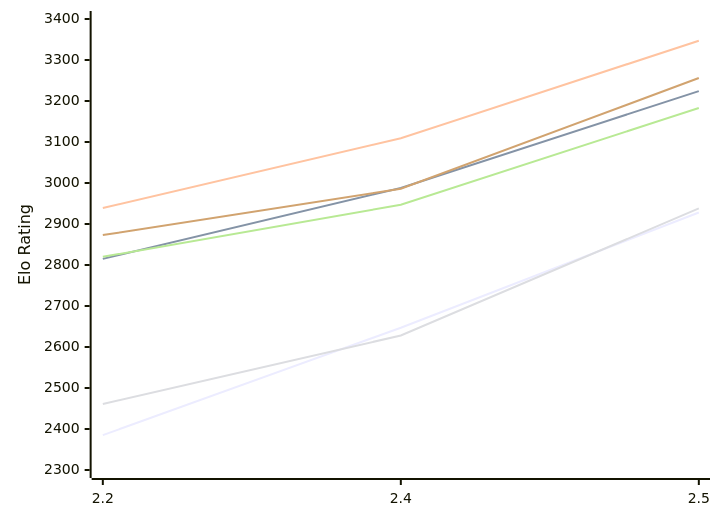
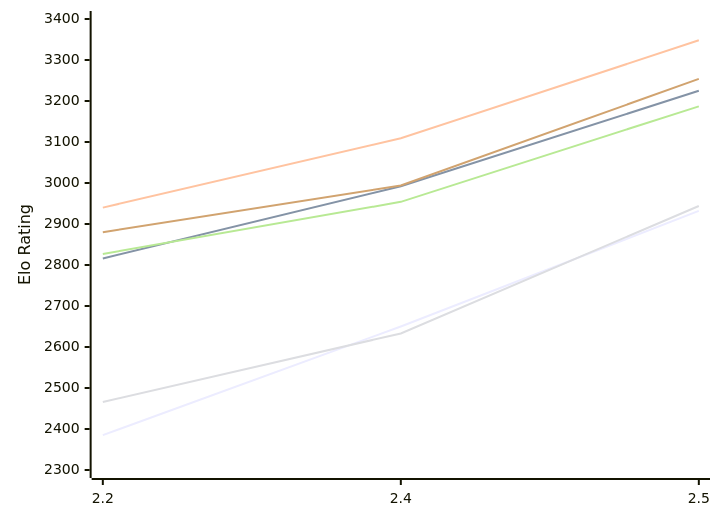
Before and after one commit to computer-chess-index/cci: the first of 2 diagrams in engines/Sloth.md, drawn with Mermaid. The commit also changed other lines of this file, not shown here.

Commit message:
Update CCI Ratings (ELO VLTC) - 2026-11-17

````diff
--- a/engines/Sloth.md
+++ b/engines/Sloth.md
@@ -52,12 +52,12 @@
 ```mermaid
 %%{init: {"theme":"base","themeVariables":{"seriesColors:['#a3a3a3','#222221','#faa371']}}}%%
 xychart-beta
   x-axis ["2.2", "2.4", "2.5"]
   y-axis "Elo Rating" 2300 --> 3400
-  line "E1: STC (8.0+0.08s)" [2385, 2647, 2928]
-  line "E1: LTC (60.0+0.60s)" [2815, 2988, 3224]
-  line "E1: VLTC (2m24s+1.12s)" [2939, 3109, 3347]
-  line "P1: STC (8.0+0.08s)" [2461, 2628, 2938]
-  line "P1: LTC (60.0+0.60s)" [2820, 2947, 3183]
-  line "P1: VLTC (2m24s+1.12s)" [2873, 2986, 3256]
+  line "E1: STC (8.0+0.08s)" [2385, 2650, 2932]
+  line "E1: LTC (60.0+0.60s)" [2816, 2992, 3225]
+  line "E1: VLTC (2m24s+1.12s)" [2940, 3109, 3348]
+  line "P1: STC (8.0+0.08s)" [2466, 2633, 2944]
+  line "P1: LTC (60.0+0.60s)" [2827, 2954, 3187]
+  line "P1: VLTC (2m24s+1.12s)" [2880, 2994, 3254]
 ```
````
